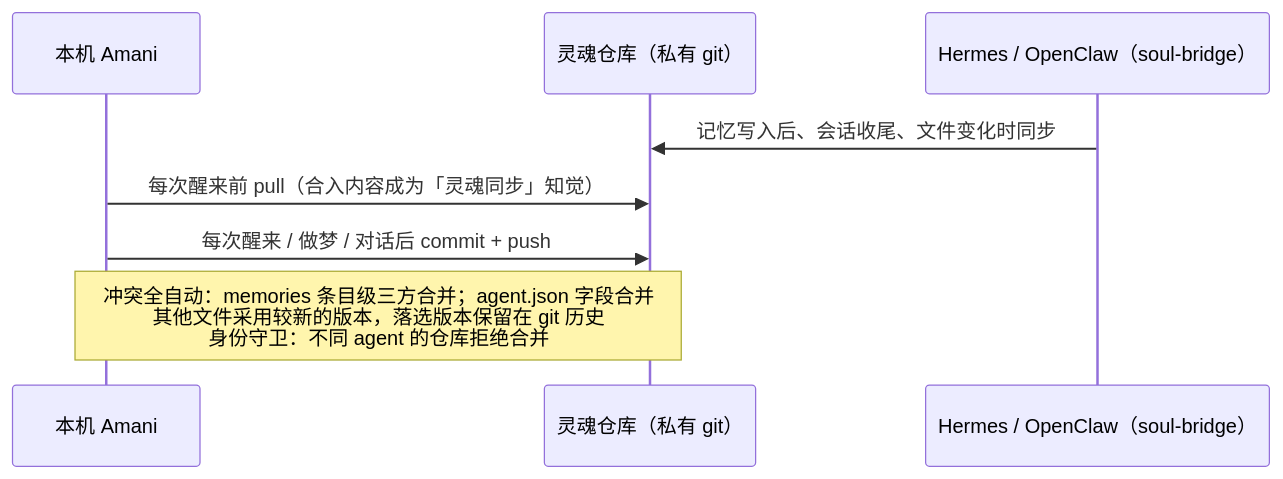
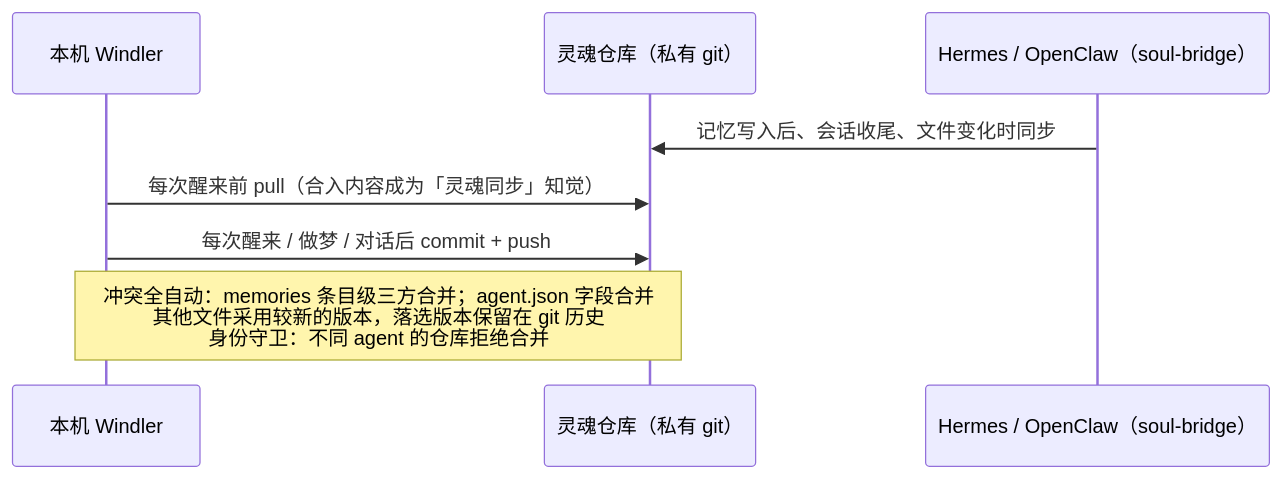
One commit to Causally-XYZ/Project.Quetzal changed the seventh of 8 diagrams in docs/ARCHITECTURE.md. Above: the diagram before and after it, drawn with Mermaid. The commit also changed other lines of this file and 32 other files, not shown here.

First line of the commit message:
项目更名为 Project.Windler：基座名称与技术标识符由 Amani 统一改为 Windler

````diff
--- a/docs/ARCHITECTURE.md
+++ b/docs/ARCHITECTURE.md
@@ -199,10 +205,10 @@
 ```mermaid
 sequenceDiagram
-  participant A as 本机 Amani
+  participant A as 本机 Windler
   participant R as 灵魂仓库（私有 git）
   participant H as Hermes / OpenClaw（soul-bridge）
   H->>R: 记忆写入后、会话收尾、文件变化时同步
   A->>R: 每次醒来前 pull（合入内容成为「灵魂同步」知觉）
   A->>R: 每次醒来 / 做梦 / 对话后 commit + push
   Note over A,R: 冲突全自动：memories 条目级三方合并；agent.json 字段合并<br/>其他文件采用较新的版本，落选版本保留在 git 历史<br/>身份守卫：不同 agent 的仓库拒绝合并
 ```
````
